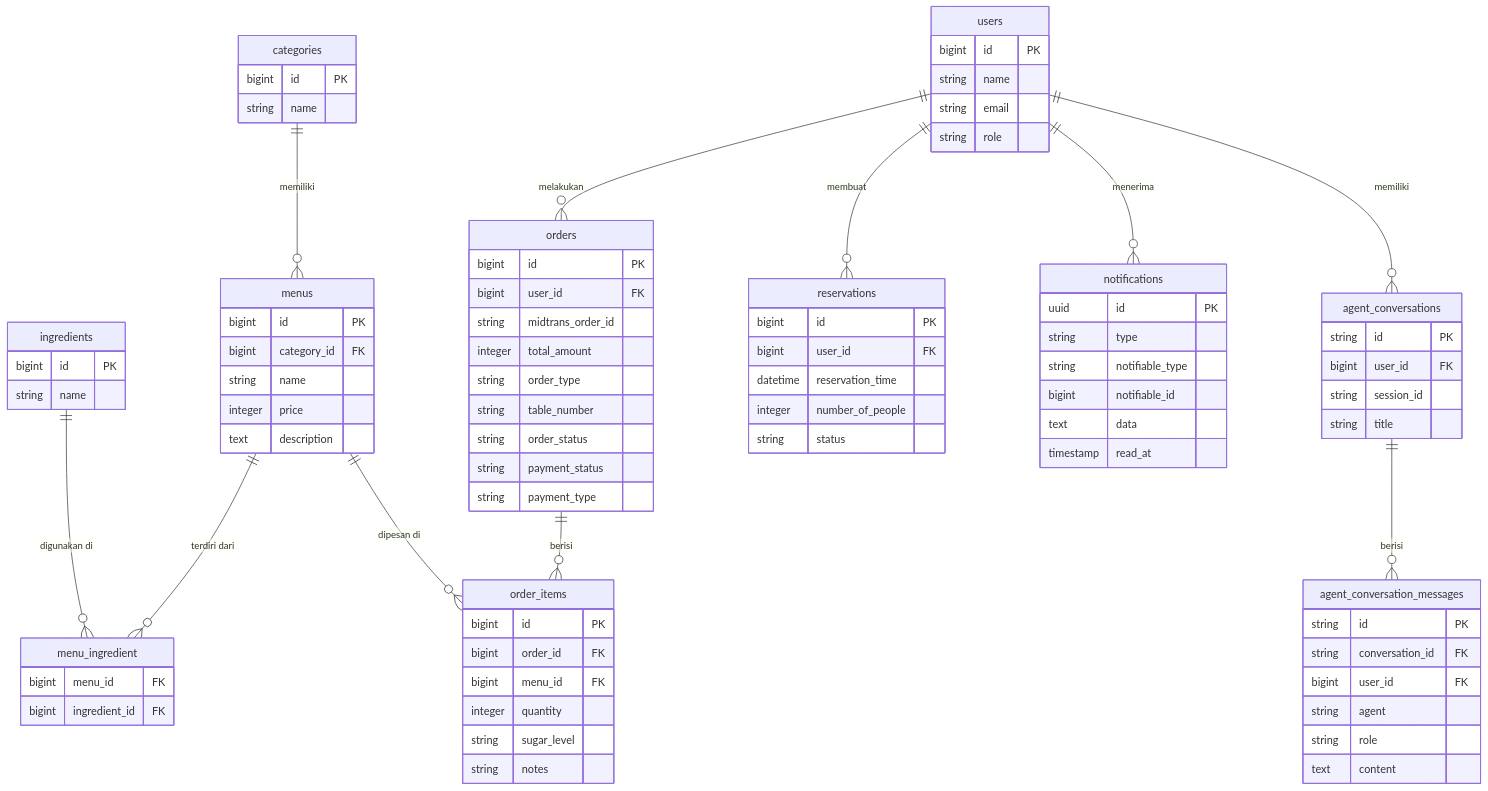
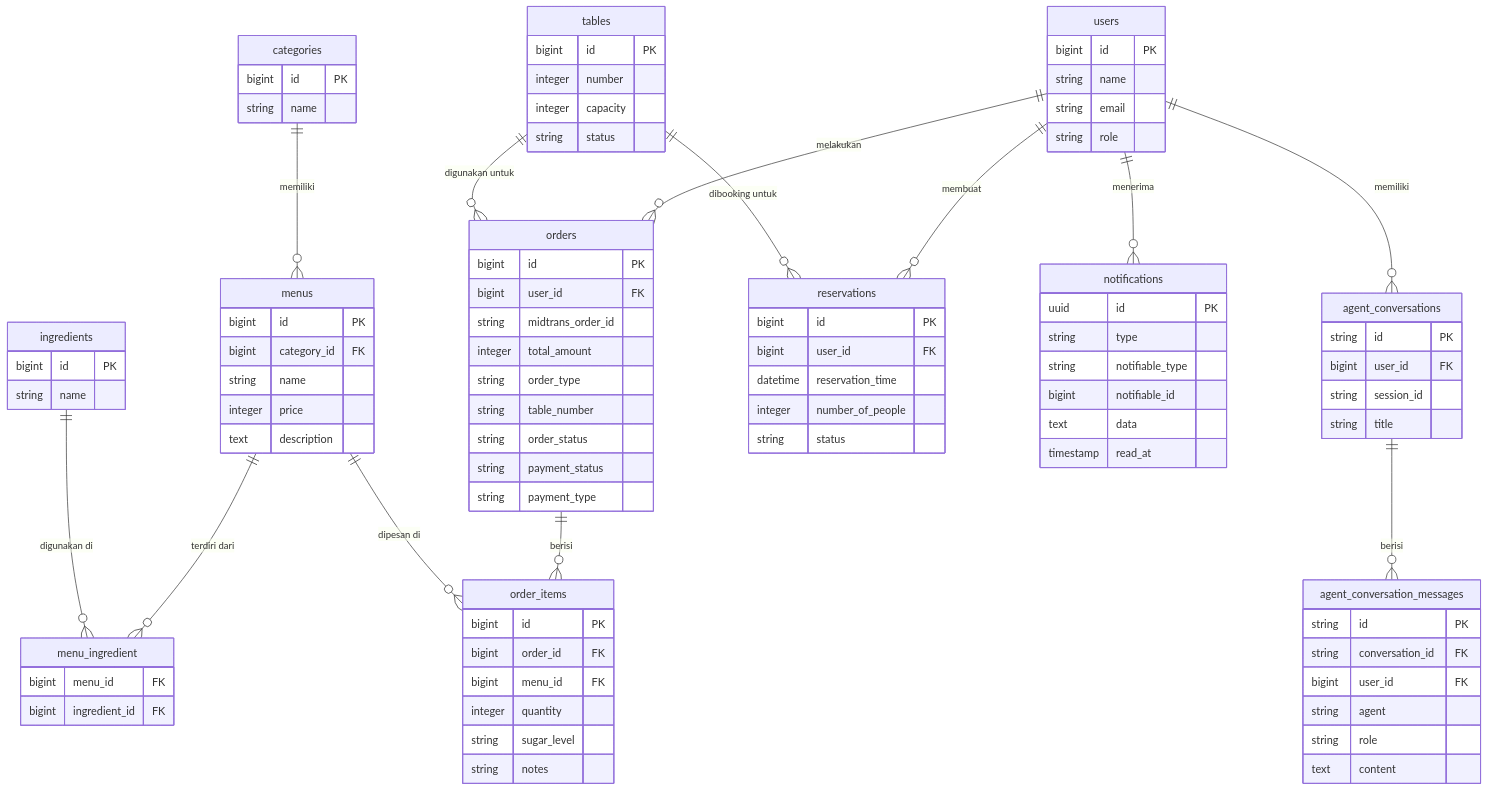
One commit to voltakits725/taraka-vilt changed the diagram in README.md. Above: the diagram before and after it, drawn with Mermaid. The commit also changed other lines of this file and 10 other files, not shown here.

````diff
--- a/README.md
+++ b/README.md
@@ -126,6 +127,13 @@
     categories {
         bigint id PK
         string name
+    }
+
+    tables {
+        bigint id PK
+        integer number
+        integer capacity
+        string status
     }
     
     menus {
@@ -210,4 +218,6 @@
     ingredients ||--o{ menu_ingredient : "digunakan di"
     orders ||--o{ order_items : "berisi"
     menus ||--o{ order_items : "dipesan di"
+    tables ||--o{ orders : "digunakan untuk"
+    tables ||--o{ reservations : "dibooking untuk"
 ```
````
